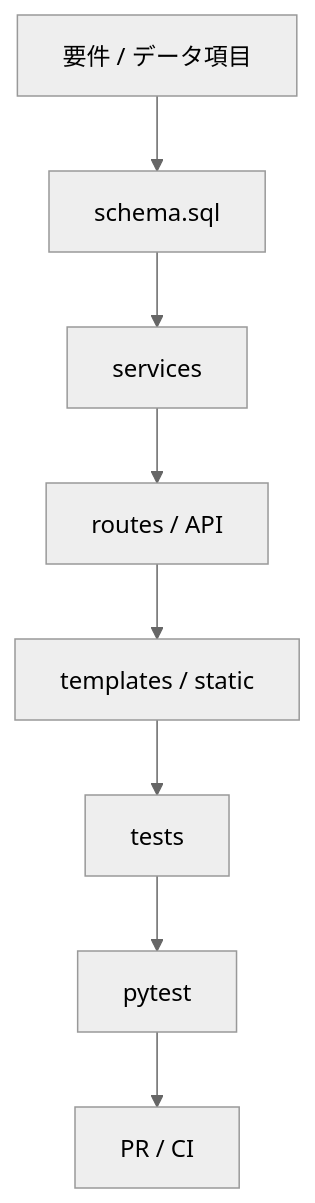
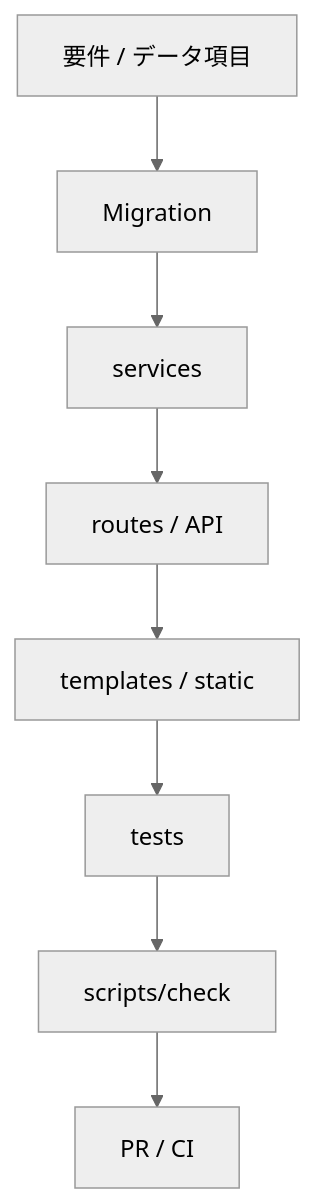
Before and after one commit to k-systems202208/python-sqlite-tailscale-webapp-template: the fifth of 5 diagrams in docs/CUSTOMIZING.md, drawn with Mermaid (neutral theme). The commit also changed other lines of this file and 42 other files, not shown here.

````diff
--- a/docs/CUSTOMIZING.md
+++ b/docs/CUSTOMIZING.md
@@ -240,10 +234,10 @@
 ```mermaid
 flowchart TD
-    A["要件 / データ項目"] --> B["schema.sql"]
+    A["要件 / データ項目"] --> B["Migration"]
     B --> C["services"]
     C --> D["routes / API"]
     D --> E["templates / static"]
     E --> F["tests"]
-    F --> G["pytest"]
+    F --> G["scripts/check"]
     G --> H["PR / CI"]
 ```
````
